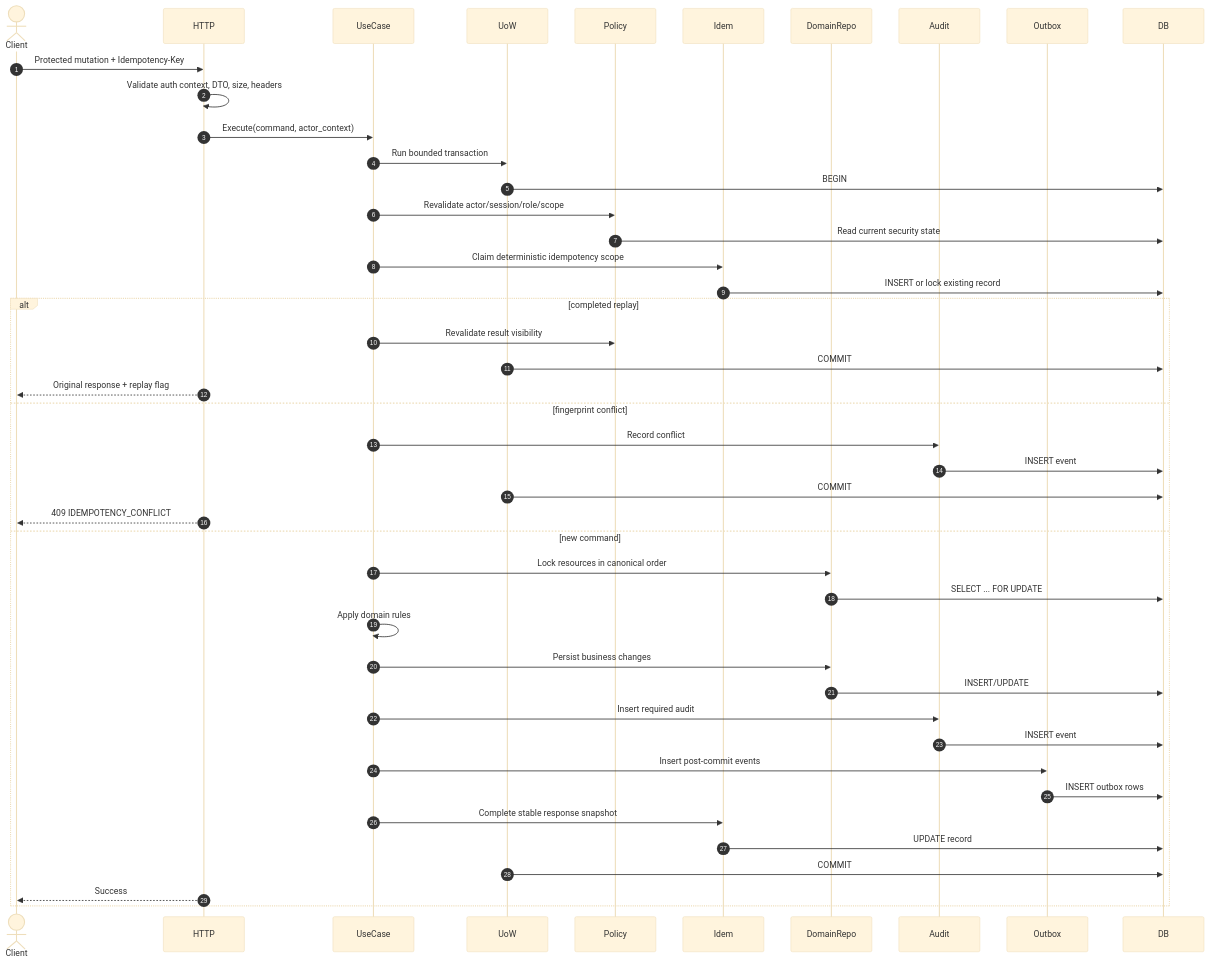
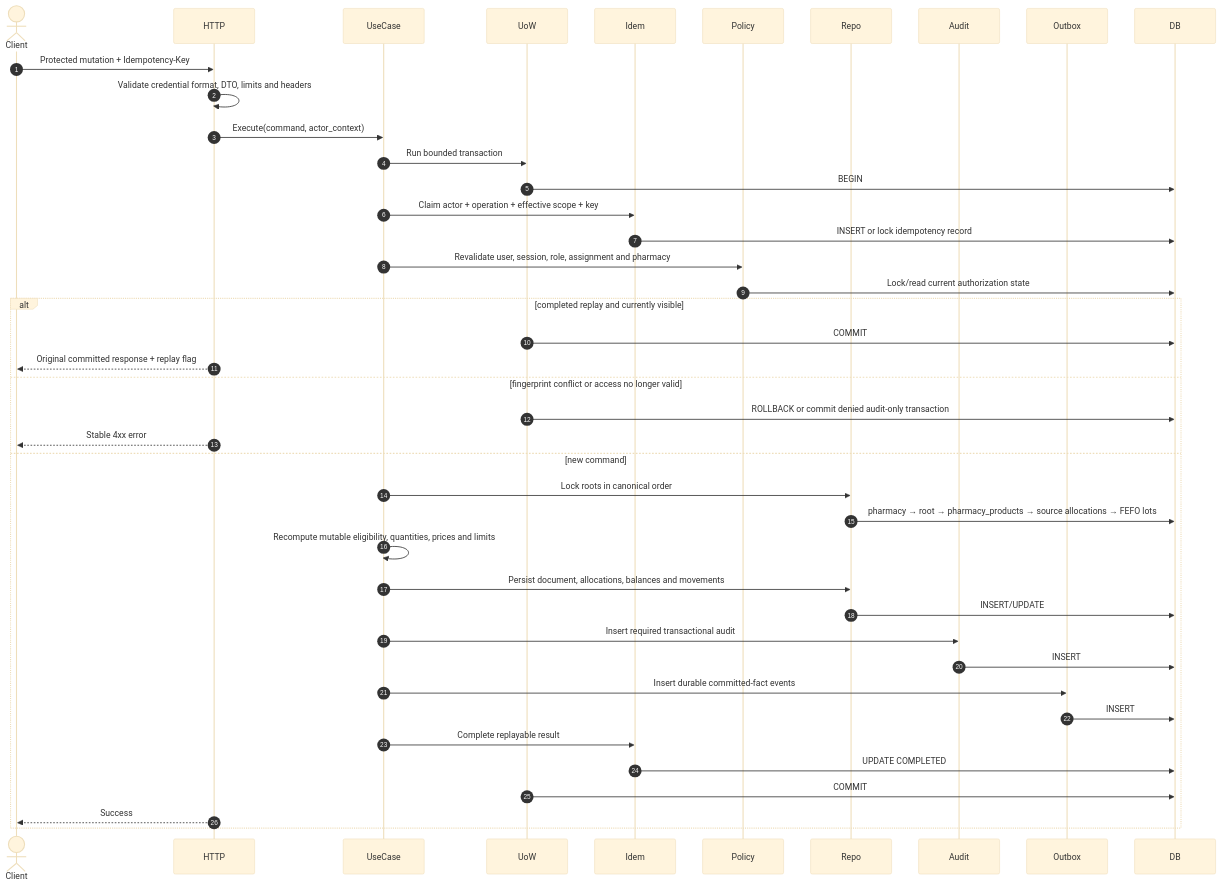
The first of 19 diagrams in docs/10-sequence-diagrams.md (GulovM/PharmacyCRM), drawn with Mermaid (base theme) before and after one commit. The commit also changed other lines of this file and 13 other files, not shown here.

````diff
--- a/docs/10-sequence-diagrams.md
+++ b/docs/10-sequence-diagrams.md
@@ -49,48 +49,45 @@
 ```mermaid
 sequenceDiagram
     autonumber
     actor Client
     participant HTTP
     participant UC as UseCase
     participant UoW
+    participant Idem
     participant Policy
-    participant Idem
-    participant DomainRepo
+    participant Repo
     participant Audit
     participant Outbox
     participant DB
 
     Client->>HTTP: Protected mutation + Idempotency-Key
-    HTTP->>HTTP: Validate auth context, DTO, size, headers
+    HTTP->>HTTP: Validate credential format, DTO, limits and headers
     HTTP->>UC: Execute(command, actor_context)
     UC->>UoW: Run bounded transaction
     UoW->>DB: BEGIN
-    UC->>Policy: Revalidate actor/session/role/scope
-    Policy->>DB: Read current security state
-    UC->>Idem: Claim deterministic idempotency scope
-    Idem->>DB: INSERT or lock existing record
-    alt completed replay
-        UC->>Policy: Revalidate result visibility
+    UC->>Idem: Claim actor + operation + effective scope + key
+    Idem->>DB: INSERT or lock idempotency record
+    UC->>Policy: Revalidate user, session, role, assignment and pharmacy
+    Policy->>DB: Lock/read current authorization state
+    alt completed replay and currently visible
         UoW->>DB: COMMIT
-        HTTP-->>Client: Original response + replay flag
-    else fingerprint conflict
-        UC->>Audit: Record conflict
-        Audit->>DB: INSERT event
-        UoW->>DB: COMMIT
-        HTTP-->>Client: 409 IDEMPOTENCY_CONFLICT
+        HTTP-->>Client: Original committed response + replay flag
+    else fingerprint conflict or access no longer valid
+        UoW->>DB: ROLLBACK or commit denied audit-only transaction
+        HTTP-->>Client: Stable 4xx error
     else new command
-        UC->>DomainRepo: Lock resources in canonical order
-        DomainRepo->>DB: SELECT ... FOR UPDATE
-        UC->>UC: Apply domain rules
-        UC->>DomainRepo: Persist business changes
-        DomainRepo->>DB: INSERT/UPDATE
-        UC->>Audit: Insert required audit
-        Audit->>DB: INSERT event
-        UC->>Outbox: Insert post-commit events
-        Outbox->>DB: INSERT outbox rows
-        UC->>Idem: Complete stable response snapshot
-        Idem->>DB: UPDATE record
+        UC->>Repo: Lock roots in canonical order
+        Repo->>DB: pharmacy → root → pharmacy_products → source allocations → FEFO lots
+        UC->>UC: Recompute mutable eligibility, quantities, prices and limits
+        UC->>Repo: Persist document, allocations, balances and movements
+        Repo->>DB: INSERT/UPDATE
+        UC->>Audit: Insert required transactional audit
+        Audit->>DB: INSERT
+        UC->>Outbox: Insert durable committed-fact events
+        Outbox->>DB: INSERT
+        UC->>Idem: Complete replayable result
+        Idem->>DB: UPDATE COMPLETED
         UoW->>DB: COMMIT
         HTTP-->>Client: Success
     end
 ```
````
